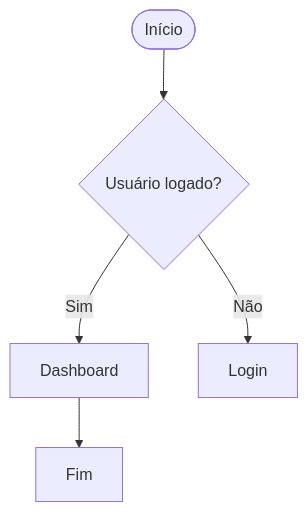
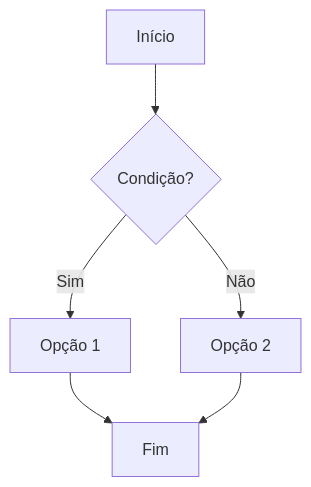
One commit to Epaminondaslage/Guia-para-uso-de-Markdowns changed the first of 15 diagrams in readme2.md. Above: the diagram before and after it, drawn with Mermaid. The commit also changed other lines of this file, not shown here.

First line of the commit message:
Revise README for Markdown and Mermaid usage

````diff
--- a/readme2.md
+++ b/readme2.md
@@ -151,7 +251,8 @@
 ```mermaid
-flowchart TD
-    A([Início]) --> B{Usuário logado?}
-    B -->|Sim| C[Dashboard]
-    B -->|Não| D[Login]
-    C --> E[Fim]
+graph TD;
+    A[Início] --> B{Condição?};
+    B -->|Sim| C[Opção 1];
+    B -->|Não| D[Opção 2];
+    C --> E[Fim];
+    D --> E;
 ```
````
